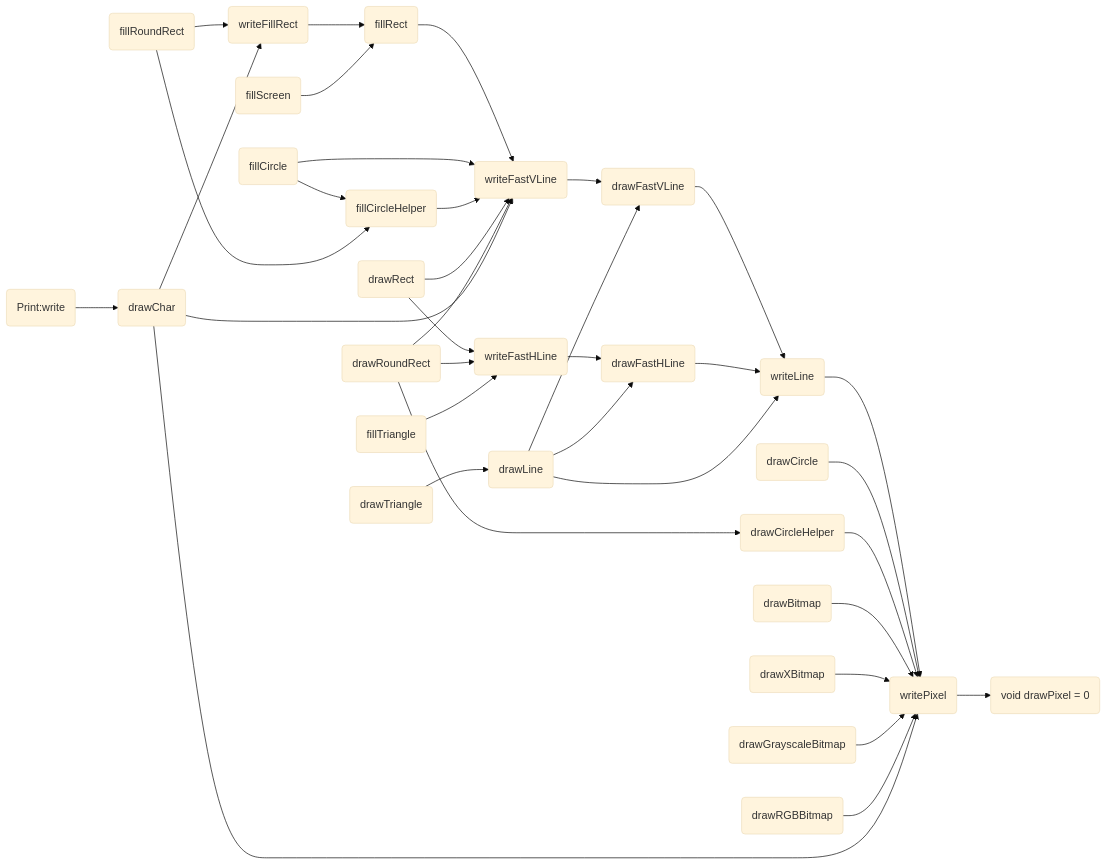
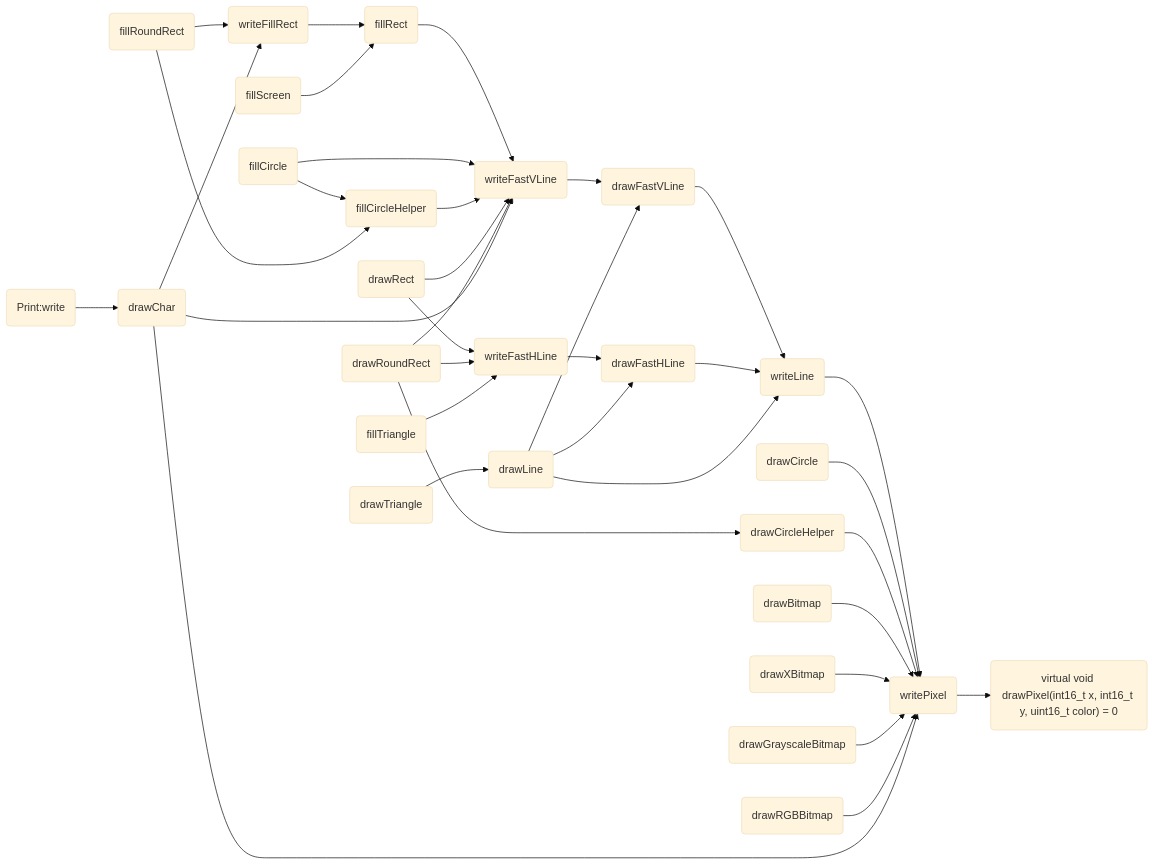
The diagram in all/未命名.md (icodezhanglei/iodraw-files), drawn with Mermaid (base theme) before and after one commit.

Commit message:
2024-09-13 18:51:41 update

````diff
--- a/all/未命名.md
+++ b/all/未命名.md
@@ -1,59 +1,59 @@
 ```mermaid
 flowchart LR
 
-drawPixel(void drawPixel = 0)
+drawPixel("virtual void drawPixel(int16_t x, int16_t y, uint16_t color) = 0")
 writePixel(writePixel)
 writeFillRect(writeFillRect)
 writeFastVLine(writeFastVLine)
 writeFastHLine(writeFastHLine)
 writeLine(writeLine)
 drawFastVLine(drawFastVLine)
 drawFastHLine(drawFastHLine)
 fillRect(fillRect)
 fillScreen(fillScreen)
 drawLine(drawLine)
 drawRect(drawRect)
 drawCircle(drawCircle)
 drawCircleHelper(drawCircleHelper)
 fillCircle(fillCircle)
 fillCircleHelper(fillCircleHelper)
 drawTriangle(drawTriangle)
 fillTriangle(fillTriangle)
 drawRoundRect(drawRoundRect)
 fillRoundRect(fillRoundRect)
 drawBitmap(drawBitmap)
 drawXBitmap(drawXBitmap)
 drawGrayscaleBitmap(drawGrayscaleBitmap)
 drawRGBBitmap(drawRGBBitmap)
 drawChar(drawChar)
 write(Print:write)
 
 
 writeLine --> writePixel --> drawPixel
 
 writeFastVLine --> drawFastVLine
 drawFastVLine --> writeLine
 
 writeFastHLine --> drawFastHLine
 drawFastHLine --> writeLine
 
 writeFillRect --> fillRect --> writeFastVLine
 
 fillScreen --> fillRect
 drawLine --> drawFastVLine & drawFastHLine &  writeLine
 drawCircle -->  writePixel
 drawCircleHelper --> writePixel
 fillCircle --> writeFastVLine & fillCircleHelper
 fillCircleHelper --> writeFastVLine
 drawRect --> writeFastHLine & writeFastVLine
 drawRoundRect --> writeFastHLine & writeFastVLine & drawCircleHelper
 fillRoundRect -->  writeFillRect & fillCircleHelper
 drawTriangle --> drawLine
 fillTriangle --> writeFastHLine
 drawBitmap -->  writePixel
 drawXBitmap -->  writePixel
 drawGrayscaleBitmap -->  writePixel
 drawRGBBitmap --> writePixel
 drawChar --> writePixel & writeFillRect & writeFastVLine
 write --> drawChar
 ```
````
